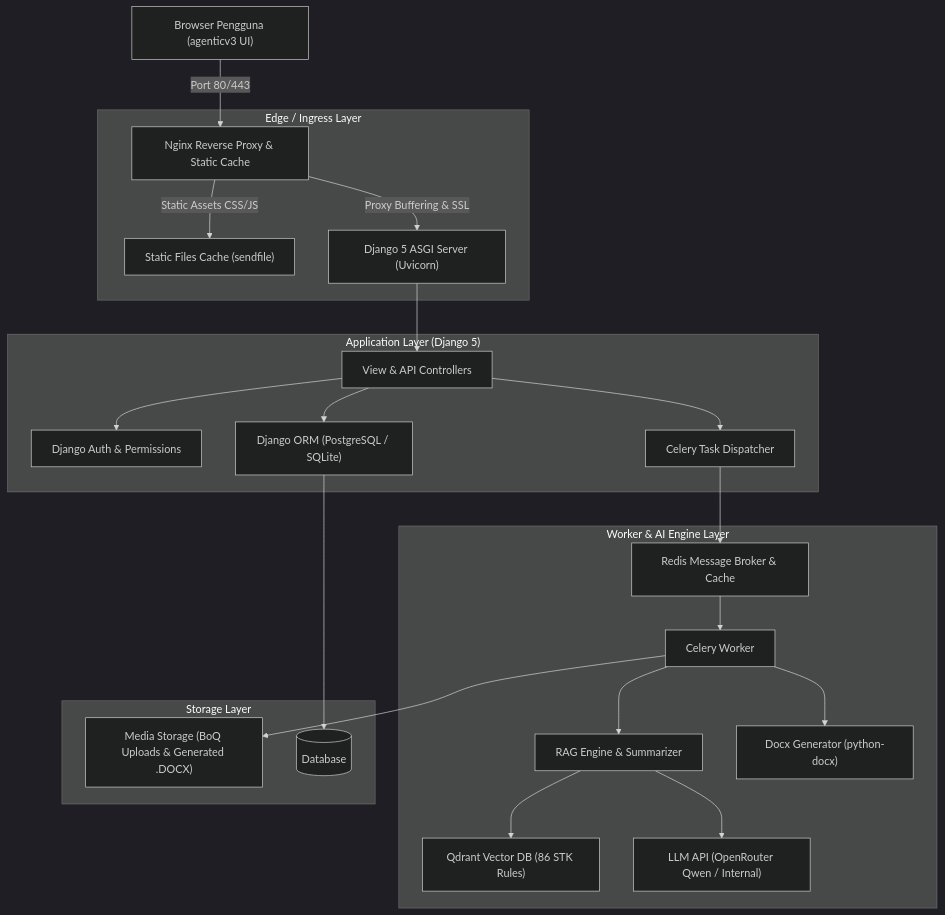
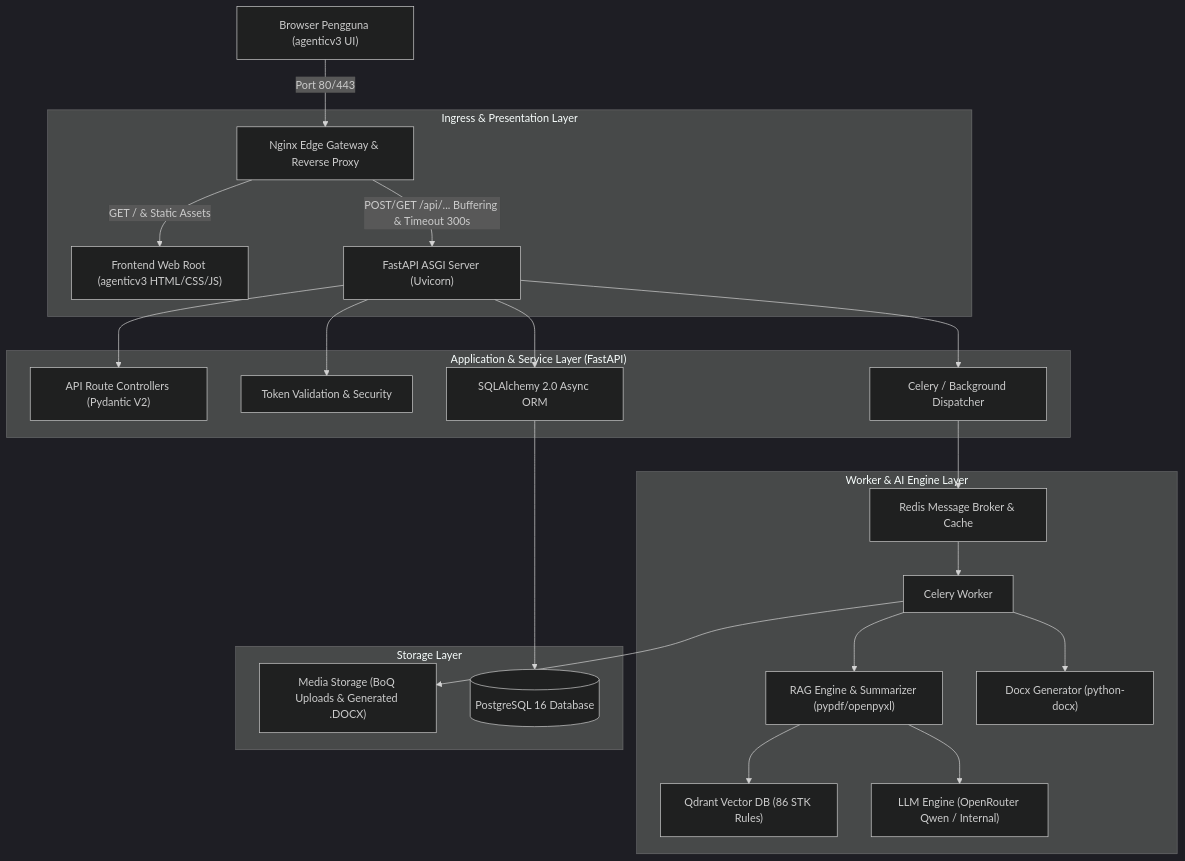
One commit to Flax9/Agenticv3 changed the first of 3 diagrams in draft_perencanaan_proyek_django.md. Above: the diagram before and after it, drawn with Mermaid (dark theme). The commit also changed other lines of this file, not shown here.

Commit message:
refactor(plan): revise architecture to Option A (Decoupled Nginx + FastAPI ASGI + SQLAlchemy 2.0)

````diff
--- a/draft_perencanaan_proyek_django.md
+++ b/draft_perencanaan_proyek_django.md
@@ -14,30 +19,30 @@
 ```mermaid
 graph TD
-    Client["Browser Pengguna (agenticv3 UI)"] -->|Port 80/443| Nginx["Nginx Reverse Proxy & Static Cache"]
+    Client["Browser Pengguna (agenticv3 UI)"] -->|Port 80/443| Nginx["Nginx Edge Gateway & Reverse Proxy"]
     
-    subgraph "Edge / Ingress Layer"
-        Nginx -->|Static Assets CSS/JS| StaticDisk["Static Files Cache (sendfile)"]
-        Nginx -->|Proxy Buffering & SSL| ASGI["Django 5 ASGI Server (Uvicorn)"]
+    subgraph "Ingress & Presentation Layer"
+        Nginx -->|GET / & Static Assets| FrontendDisk["Frontend Web Root (agenticv3 HTML/CSS/JS)"]
+        Nginx -->|POST/GET /api/... Buffering & Timeout 300s| FastAPI["FastAPI ASGI Server (Uvicorn)"]
     end
 
-    subgraph "Application Layer (Django 5)"
-        ASGI --> Views["View & API Controllers"]
-        Views --> Auth["Django Auth & Permissions"]
-        Views --> ORM["Django ORM (PostgreSQL / SQLite)"]
-        Views --> TaskQueue["Celery Task Dispatcher"]
+    subgraph "Application & Service Layer (FastAPI)"
+        FastAPI --> Routers["API Route Controllers (Pydantic V2)"]
+        FastAPI --> Auth["Token Validation & Security"]
+        FastAPI --> ORM["SQLAlchemy 2.0 Async ORM"]
+        FastAPI --> TaskDispatch["Celery / Background Dispatcher"]
     end
 
     subgraph "Worker & AI Engine Layer"
-        TaskQueue --> Redis["Redis Message Broker & Cache"]
+        TaskDispatch --> Redis["Redis Message Broker & Cache"]
         Redis --> Celery["Celery Worker"]
-        Celery --> RAG["RAG Engine & Summarizer"]
+        Celery --> RAG["RAG Engine & Summarizer (pypdf/openpyxl)"]
         Celery --> DocxGen["Docx Generator (python-docx)"]
         RAG --> Qdrant["Qdrant Vector DB (86 STK Rules)"]
-        RAG --> LLM["LLM API (OpenRouter Qwen / Internal)"]
+        RAG --> LLM["LLM Engine (OpenRouter Qwen / Internal)"]
     end
 
     subgraph "Storage Layer"
         Celery --> MediaDisk["Media Storage (BoQ Uploads & Generated .DOCX)"]
-        ORM --> DB[(Database)]
+        ORM --> DB[(PostgreSQL 16 Database)]
     end
 ```
````
